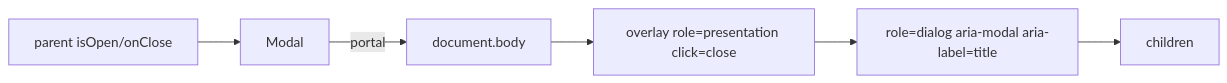
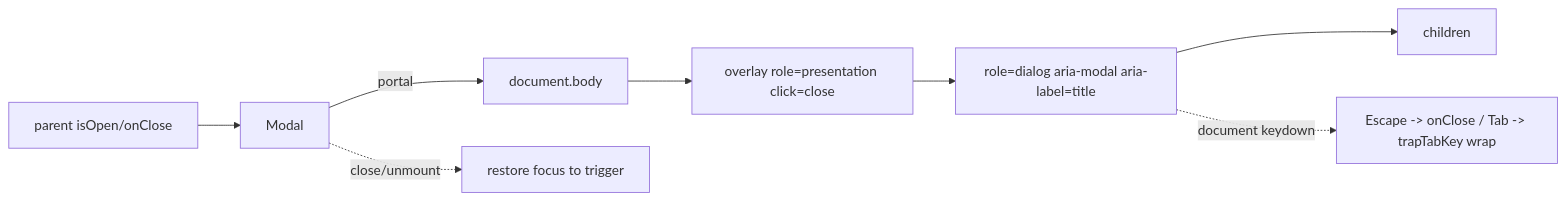
One commit to AzamatRaimbekov2/openCreate changed the diagram in apps/web/src/shared/ui/Modal.tsx.md. Above: the diagram before and after it, drawn with Mermaid. The commit also changed other lines of this file and 5 other files, not shown here.

Commit message:
fix(web): modal focus trap + escape/restore

````diff
--- a/apps/web/src/shared/ui/Modal.tsx.md
+++ b/apps/web/src/shared/ui/Modal.tsx.md
@@ -32,8 +39,10 @@
 ```mermaid
 flowchart LR
   P[parent isOpen/onClose] --> M[Modal]
   M -->|portal| B[document.body]
   B --> OV[overlay role=presentation click=close]
   OV --> DG[role=dialog aria-modal aria-label=title]
   DG --> C[children]
+  DG -. document keydown .-> T[Escape -> onClose / Tab -> trapTabKey wrap]
+  M -. close/unmount .-> R[restore focus to trigger]
 ```
````
